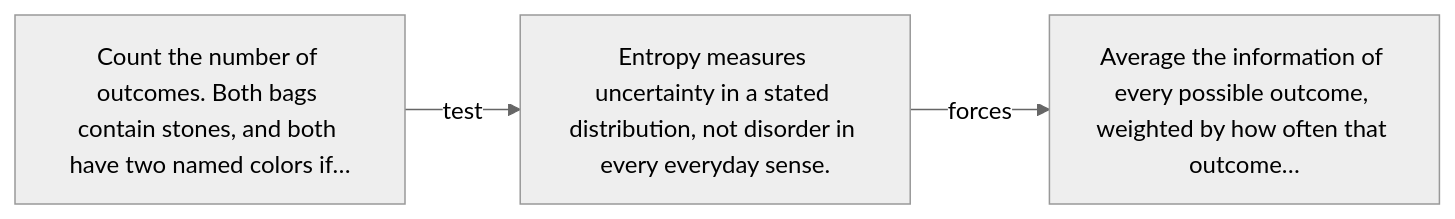
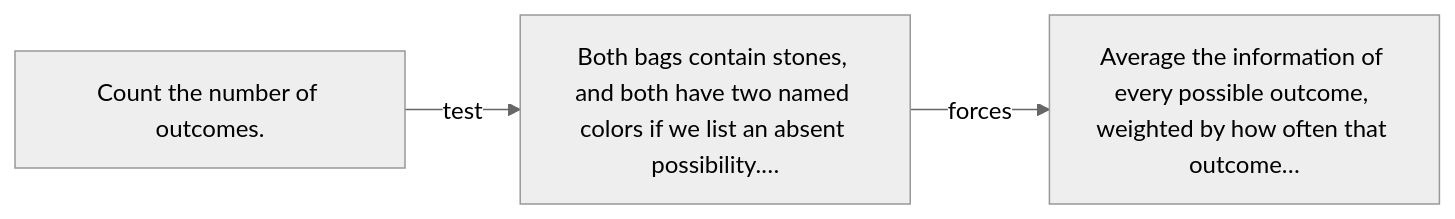
Before and after one commit to kleem-labs/AI-Archaeology: the diagram in excavations/020-entropy/diagram.md, drawn with Mermaid (neutral theme). The commit also changed other lines of this file and 165 other files, not shown here.

````diff
--- a/excavations/020-entropy/diagram.md
+++ b/excavations/020-entropy/diagram.md
@@ -5,5 +5,5 @@
 ```mermaid
 flowchart LR
-    A["Count the number of outcomes. Both bags contain stones, and both have two named colors if…"] -->|"test"| B["Entropy measures uncertainty in a stated distribution, not disorder in every everyday sense."]
+    A["Count the number of outcomes."] -->|"test"| B["Both bags contain stones, and both have two named colors if we list an absent possibility.…"]
     B -->|"forces"| C["Average the information of every possible outcome, weighted by how often that outcome…"]
 ```
````
